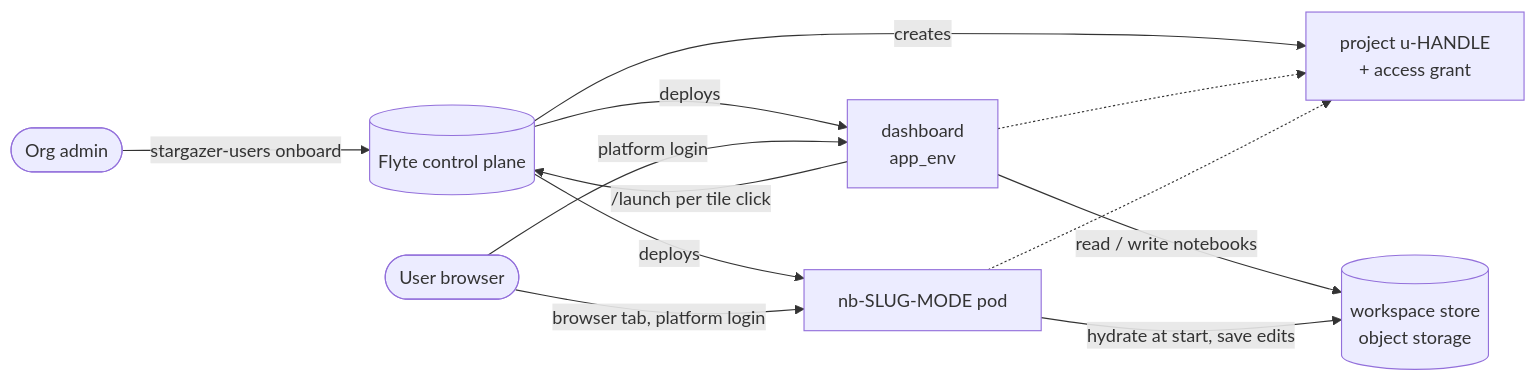
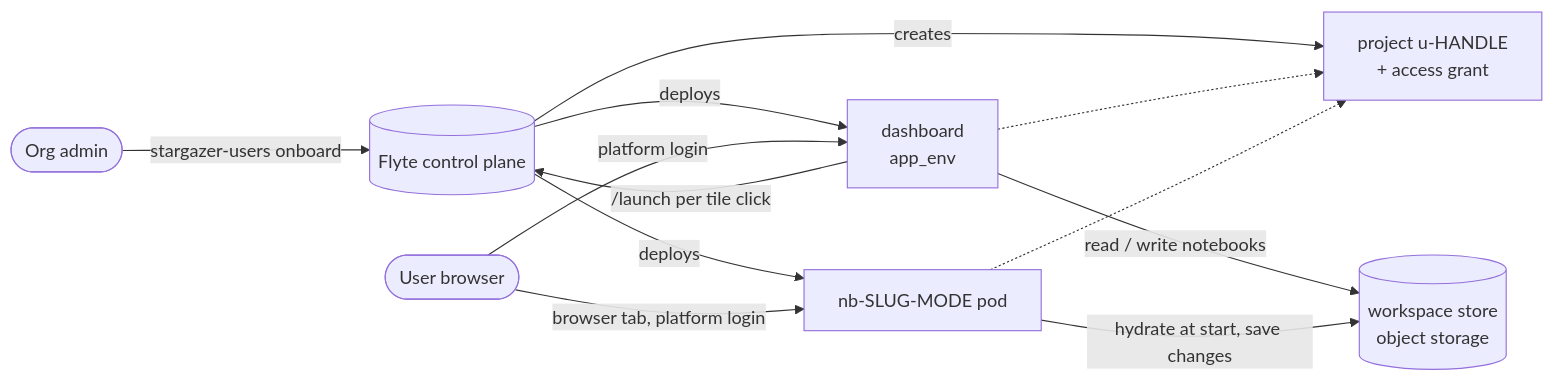
The first of 2 diagrams in docs/architecture/app.md (StargazerBio/stargazer), drawn with Mermaid before and after one commit. The commit also changed other lines of this file and 7 other files, not shown here.

````diff
--- a/docs/architecture/app.md
+++ b/docs/architecture/app.md
@@ -16,14 +16,14 @@
 ```mermaid
 flowchart LR
     ADM([Org admin]) -->|stargazer-users onboard| FCP[(Flyte control plane)]
     FCP -->|creates| PR[project u-HANDLE<br/>+ access grant]
     FCP -->|deploys| D[dashboard<br/>app_env]
     U([User browser]) -->|platform login| D
     D -->|read / write notebooks| S[(workspace store<br/>object storage)]
     D -->|/launch per tile click| FCP
     FCP -->|deploys| N[nb-SLUG-MODE pod]
     U -->|browser tab, platform login| N
-    N -->|hydrate at start, save edits| S
+    N -->|hydrate at start, save changes| S
     D -.-> PR
     N -.-> PR
 ```
````
